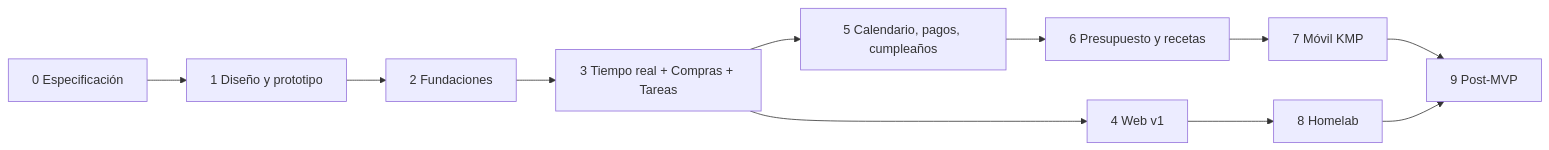
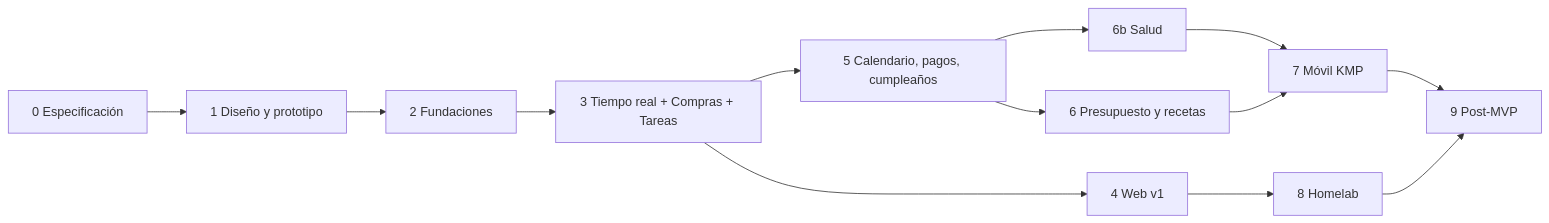
One commit to JZavala3084/Famy changed the diagram in docs/08-roadmap.md. Above: the diagram before and after it, drawn with Mermaid. The commit also changed other lines of this file and 5 other files, not shown here.

First line of the commit message:
docs: incluir módulo de Salud en visión, seguridad, arquitectura, roles y roadmap

````diff
--- a/docs/08-roadmap.md
+++ b/docs/08-roadmap.md
@@ -20,13 +21,15 @@
 ```mermaid
 flowchart LR
     F0[0 Especificación] --> F1[1 Diseño y prototipo]
     F1 --> F2[2 Fundaciones]
     F2 --> F3[3 Tiempo real + Compras + Tareas]
     F3 --> F4[4 Web v1]
     F3 --> F5[5 Calendario, pagos, cumpleaños]
     F5 --> F6[6 Presupuesto y recetas]
+    F5 --> F6b[6b Salud]
+    F6b --> F7
     F4 --> F8[8 Homelab]
     F6 --> F7[7 Móvil KMP]
     F7 --> F9[9 Post-MVP]
     F8 --> F9
 ```
````
